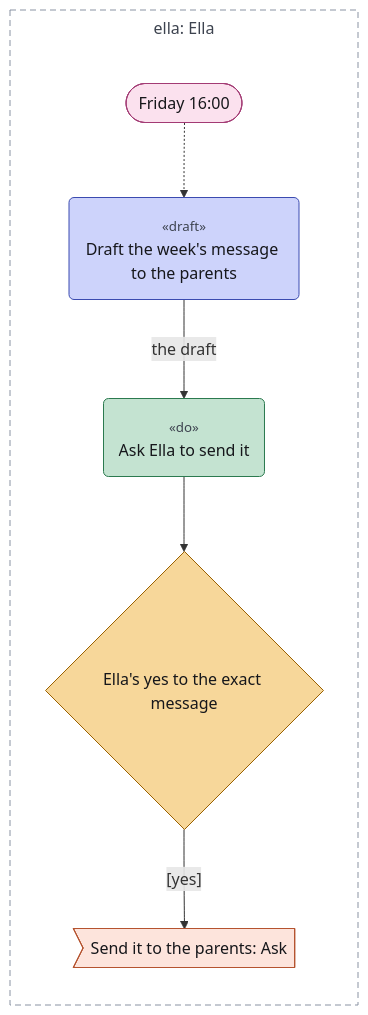
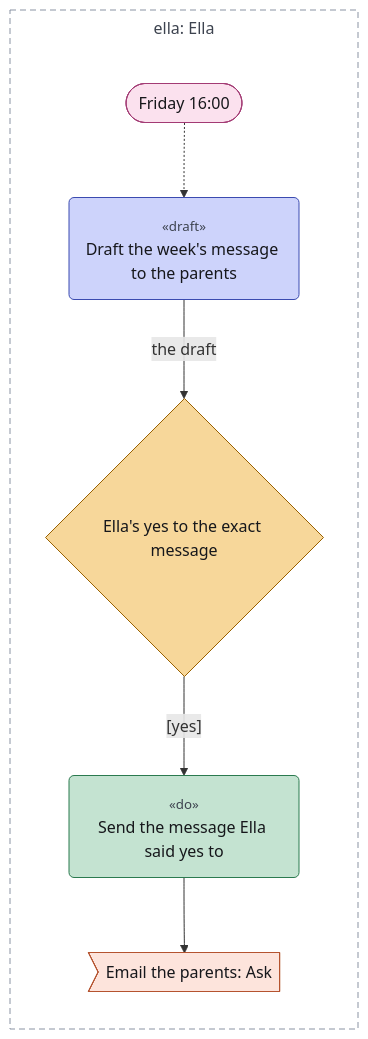
The diagram in examples/tour/01-draft-and-send.mmd (chrismdp/awml), drawn with Mermaid before and after one commit. The commit also changed 17 other files, not shown here.

```diff
--- a/examples/tour/01-draft-and-send.mmd
+++ b/examples/tour/01-draft-and-send.mmd
@@ -1,39 +1,39 @@
 ---
 config:
   theme: default
   flowchart:
     useMaxWidth: false
     subGraphTitleMargin:
       top: 6
       bottom: 30
 ---
 flowchart TB
   subgraph ella["ella: Ella"]
     direction TB
     fri(["Friday 16:00"])
     write("<small style='color:#3d434f'>«draft»</small><br>Draft the week's message to the parents")
-    ask("<small style='color:#3d434f'>«do»</small><br>Ask Ella to send it")
     approve{"Ella's yes to the exact message"}
-    send>"Send it to the parents: Ask"]
+    send("<small style='color:#3d434f'>«do»</small><br>Send the message Ella said yes to")
+    email>"Email the parents: Ask"]
   end
 
   fri -.-> write
-  write -->|"the draft"| ask
-  ask --> approve
+  write -->|"the draft"| approve
   approve -->|"[yes]"| send
+  send --> email
   classDef trig fill:#fbe1ee,stroke:#a33a74,color:#16171b
   classDef ctx fill:#e2eef9,stroke:#3d6fa3,color:#16171b
   classDef con fill:#eceef2,stroke:#5d6472,color:#16171b
   classDef surf fill:#ffffff,stroke:#2a2d35,stroke-width:1.5px,color:#16171b
   classDef out fill:#fde4dc,stroke:#b5532f,color:#16171b
   classDef ai fill:#cdd3fb,stroke:#3b4bb0,color:#16171b
   classDef rule fill:#c4e3d1,stroke:#2b7a4f,color:#16171b
   classDef human fill:#f7d79a,stroke:#9a6100,color:#16171b
   classDef uml fill:#16171b,stroke:#16171b,color:#16171b
   classDef gap fill:#ffffff,stroke:#8a93a3,stroke-dasharray:4 3,color:#6b7280
   class fri trig
-  class send out
+  class email out
   class write ai
-  class ask rule
+  class send rule
   class approve human
   style ella fill:transparent,stroke:#8a93a3,stroke-dasharray:6 4,color:#3d434f
```
